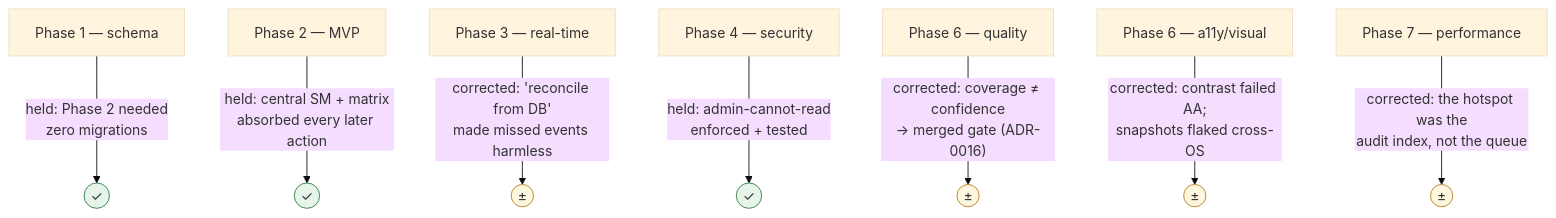
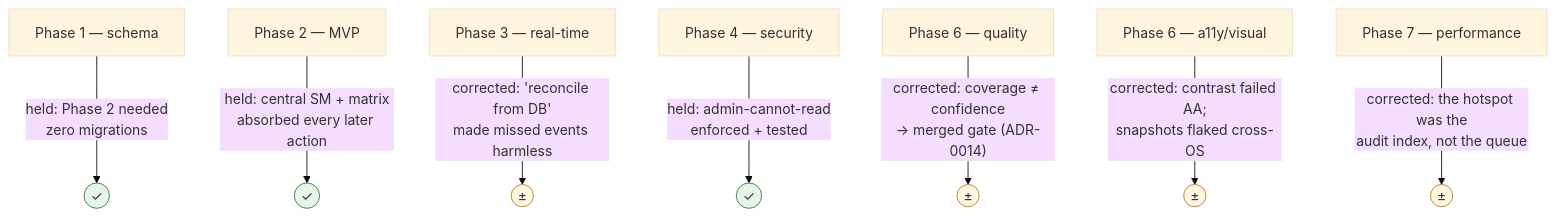
One commit to akritiupreti/virtual-consultation-platform changed the diagram in docs/retrospective.md. Above: the diagram before and after it, drawn with Mermaid (base theme). The commit also changed other lines of this file and 193 other files, not shown here.

First line of the commit message:
refactor: simplify consultation workflow and fix data-model diagram

````diff
--- a/docs/retrospective.md
+++ b/docs/retrospective.md
@@ -16,15 +16,15 @@
 ```mermaid
 flowchart TB
     P1["Phase 1 — schema"] -->|"held: Phase 2 needed<br/>zero migrations"| G1((✓))
     P2["Phase 2 — MVP"] -->|"held: central SM + matrix<br/>absorbed every later action"| G2((✓))
     P3["Phase 3 — real-time"] -->|"corrected: 'reconcile from DB'<br/>made missed events harmless"| C3((±))
     P4["Phase 4 — security"] -->|"held: admin-cannot-read<br/>enforced + tested"| G4((✓))
-    P6["Phase 6 — quality"] -->|"corrected: coverage ≠ confidence<br/>→ merged gate (ADR-0016)"| C6((±))
+    P6["Phase 6 — quality"] -->|"corrected: coverage ≠ confidence<br/>→ merged gate (ADR-0014)"| C6((±))
     P6b["Phase 6 — a11y/visual"] -->|"corrected: contrast failed AA;<br/>snapshots flaked cross-OS"| C6b((±))
     P7["Phase 7 — performance"] -->|"corrected: the hotspot was the<br/>audit index, not the queue"| C7((±))
 
     classDef ok fill:#e6f4ea,stroke:#2b7a3d;
     classDef adj fill:#fef7e0,stroke:#b7791f;
     class G1,G2,G4 ok
     class C3,C6,C6b,C7 adj
 ```
````
